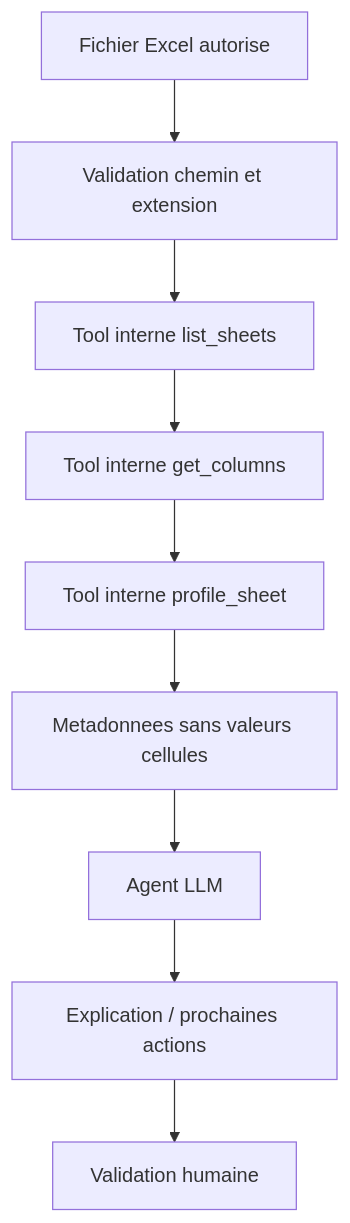
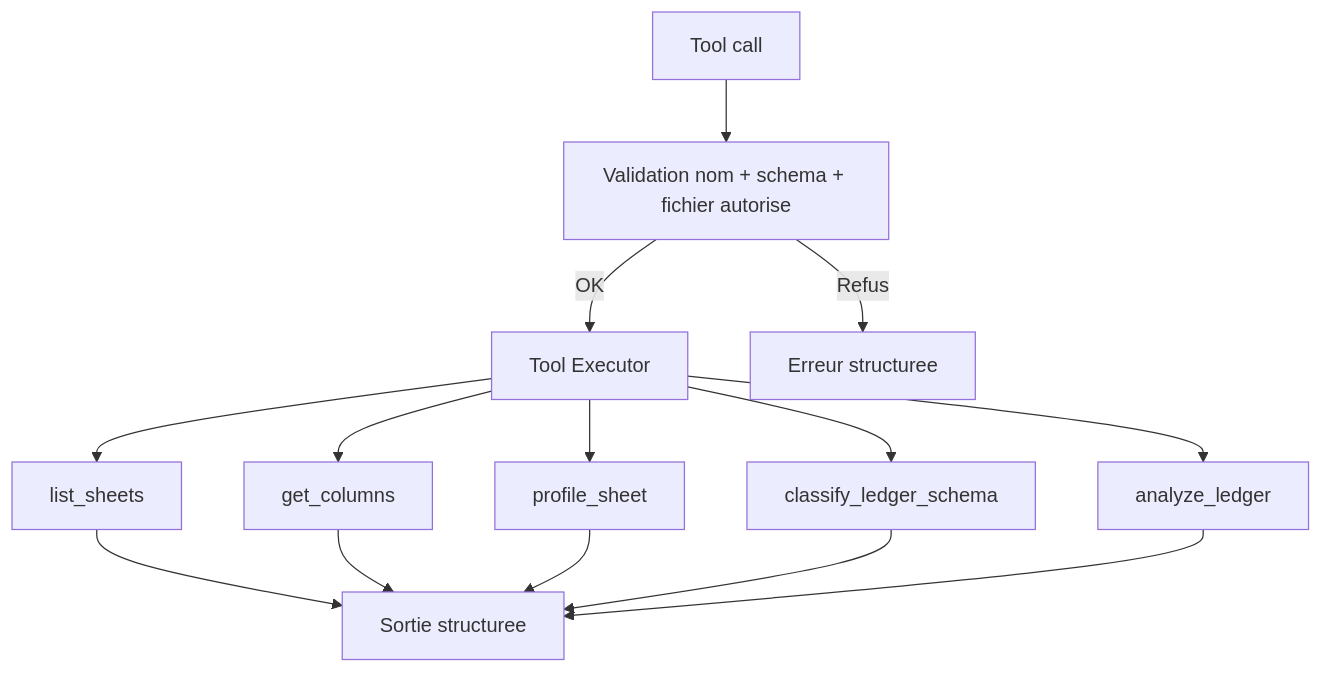
Before and after one commit to Appolinairee/fiscal-control-engine: the third of 9 diagrams in docs/rag-flow-mermaid.md, drawn with Mermaid. The commit also changed other lines of this file and 24 other files, not shown here.

First line of the commit message:
feat(agent): implement deterministic tool routing and analytical ledger tools

````diff
--- a/docs/rag-flow-mermaid.md
+++ b/docs/rag-flow-mermaid.md
@@ -21,11 +65,18 @@
 ```mermaid
 flowchart TD
-    A[Fichier Excel autorise] --> B[Validation chemin et extension]
-    B --> C[Tool interne list_sheets]
-    C --> D[Tool interne get_columns]
-    D --> E[Tool interne profile_sheet]
-    E --> F[Metadonnees sans valeurs cellules]
-    F --> G[Agent LLM]
-    G --> H[Explication / prochaines actions]
-    H --> I[Validation humaine]
+    TC[Tool call] --> VAL[Validation nom + schema + fichier autorise]
+    VAL -->|OK| EXEC[Tool Executor]
+    VAL -->|Refus| ERR[Erreur structuree]
+
+    EXEC --> LS[list_sheets]
+    EXEC --> GC[get_columns]
+    EXEC --> PS[profile_sheet]
+    EXEC --> CLS[classify_ledger_schema]
+    EXEC --> AL[analyze_ledger]
+
+    LS --> OUT[Sortie structuree]
+    GC --> OUT
+    PS --> OUT
+    CLS --> OUT
+    AL --> OUT
 ```
````
